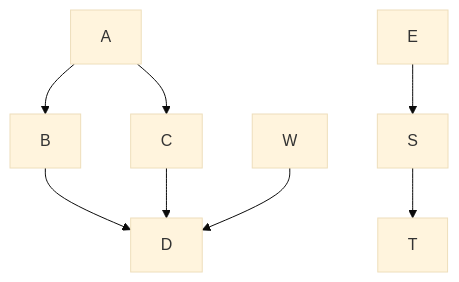
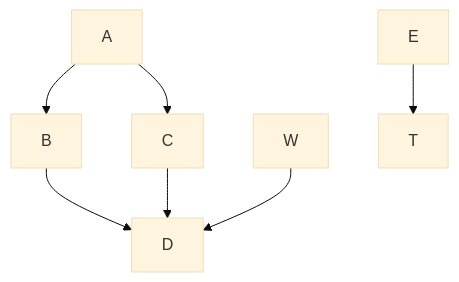
One commit to avergnaud/wiki-mermaid changed the diagram in README.md. Above: the diagram before and after it, drawn with Mermaid (base theme).

Commit message:
graphe mermaid - exemple

````diff
--- a/README.md
+++ b/README.md
@@ -20,10 +20,9 @@
 ```mermaid
 graph TD;
     A-->B;
     A-->C;
     B-->D;
     C-->D;
     W-->D;
-    E-->S;
-    S-->T;
+    E-->T;
 ```
````
